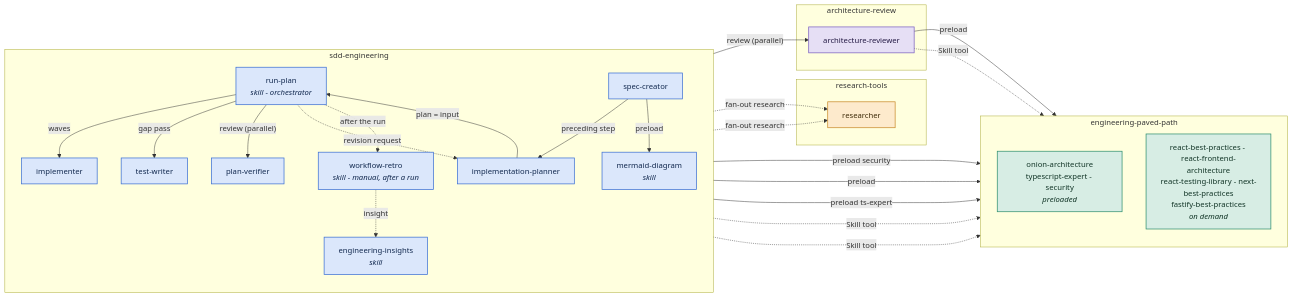
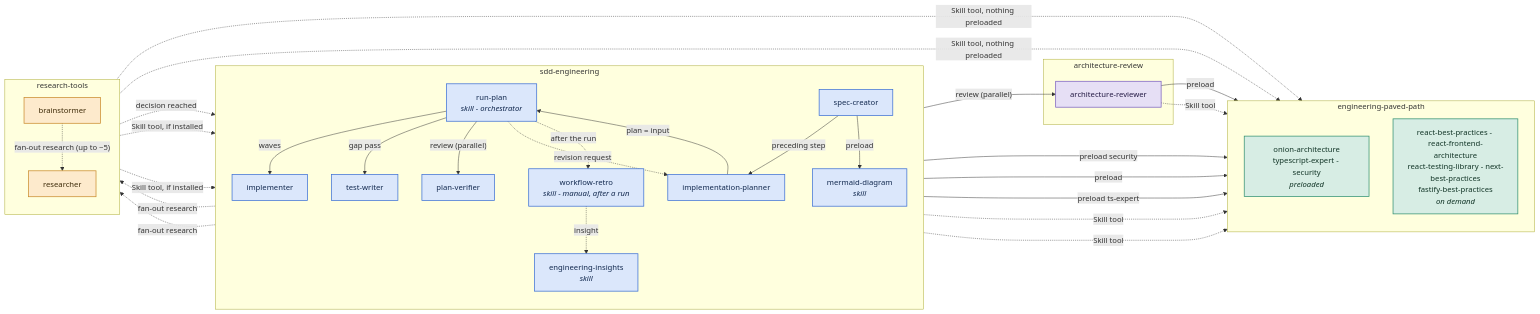
One commit to SyukPublic/ai-dev-toolkit changed the second of 2 diagrams in docs/DEPENDENCIES.md. Above: the diagram before and after it, drawn with Mermaid. The commit also changed other lines of this file and 12 other files, not shown here.

````diff
--- a/docs/DEPENDENCIES.md
+++ b/docs/DEPENDENCIES.md
@@ -59,63 +59,73 @@
 ```mermaid
 flowchart LR
   subgraph SDDP["sdd-engineering"]
     direction TB
     RUNPLAN["run-plan<br/><i>skill - orchestrator</i>"]
     SC["spec-creator"]
     IP["implementation-planner"]
     IMPL["implementer"]
     TW["test-writer"]
     PV["plan-verifier"]
     RETRO["workflow-retro<br/><i>skill - manual, after a run</i>"]
     INS["engineering-insights<br/><i>skill</i>"]
     MMD["mermaid-diagram<br/><i>skill</i>"]
   end
 
   subgraph RTP["research-tools"]
+    direction TB
+    BRS["brainstormer"]
     RES["researcher"]
   end
 
   subgraph ARP["architecture-review"]
     ARV["architecture-reviewer"]
   end
 
   subgraph EPPP["engineering-paved-path"]
     direction TB
     CORE["onion-architecture<br/>typescript-expert - security<br/><i>preloaded</i>"]
     SURF["react-best-practices - react-frontend-architecture<br/>react-testing-library - next-best-practices<br/>fastify-best-practices<br/><i>on demand</i>"]
   end
 
   SC -->|"preceding step"| IP
   IP -->|"plan = input"| RUNPLAN
 
   RUNPLAN -->|"waves"| IMPL
   RUNPLAN -->|"gap pass"| TW
   RUNPLAN -->|"review (parallel)"| PV
   RUNPLAN -->|"review (parallel)"| ARV
   RUNPLAN -.->|"revision request"| IP
   RUNPLAN -.->|"after the run"| RETRO
 
   SC -.->|"fan-out research"| RES
   IP -.->|"fan-out research"| RES
 
+  BRS -.->|"fan-out research (up to ~5)"| RES
+  BRS -.->|"decision reached"| SC
+  BRS -.->|"Skill tool, if installed"| MMD
+  BRS -.->|"Skill tool, if installed"| INS
+
   SC -->|"preload"| MMD
   SC -->|"preload security"| CORE
   IMPL -->|"preload"| CORE
   TW -->|"preload ts-expert"| CORE
   ARV -->|"preload"| CORE
 
   IMPL -.->|"Skill tool"| SURF
   TW -.->|"Skill tool"| SURF
   ARV -.->|"Skill tool"| SURF
 
+  BRS -.->|"Skill tool, nothing preloaded"| CORE
+  BRS -.->|"Skill tool, nothing preloaded"| SURF
+
   RETRO -.->|"insight"| INS
 
   classDef sdd fill:#dbe7fb,stroke:#3b6fd4,color:#12294f,stroke-width:1.5px;
   classDef epp fill:#d7ede4,stroke:#2f8f6f,color:#123527,stroke-width:1.5px;
   classDef rt  fill:#fdeacc,stroke:#c98a2b,color:#3d2a08,stroke-width:1.5px;
   classDef ar  fill:#e6dff5,stroke:#7a5fc0,color:#241a44,stroke-width:1.5px;
   class RUNPLAN,SC,IP,IMPL,TW,PV,RETRO,INS,MMD sdd
-  class RES rt
+  class RES,BRS rt
   class ARV ar
   class CORE,SURF epp
 ```
````
